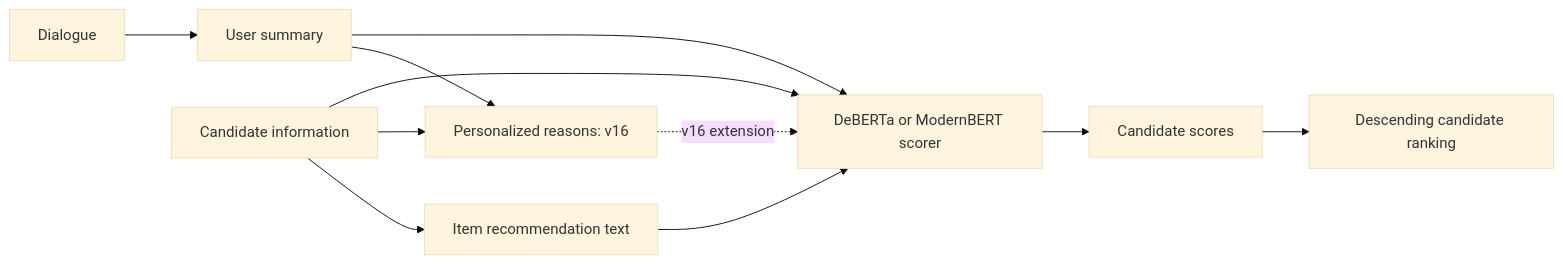
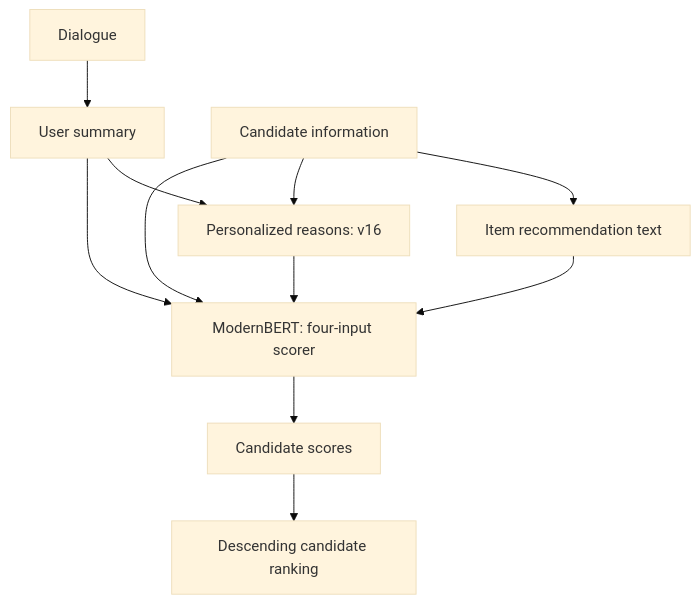
The diagram in README.md (Ichinose311/llm-text-refinement), drawn with Mermaid (base theme) before and after one commit. The commit also changed other lines of this file and 1 other file, not shown here.

Commit message:
docs: foreground the active four-input ModernBERT pipeline

````diff
--- a/README.md
+++ b/README.md
@@ -7,13 +7,13 @@
 ```mermaid
-flowchart LR
+flowchart TD
     D[Dialogue] --> S[User summary]
     I[Candidate information] --> R[Item recommendation text]
     S --> V[Personalized reasons: v16]
     I --> V
-    S --> M[DeBERTa or ModernBERT scorer]
+    S --> M[ModernBERT: four-input scorer]
     I --> M
     R --> M
-    V -. v16 extension .-> M
+    V --> M
     M --> P[Candidate scores]
     P --> K[Descending candidate ranking]
 ```
````
